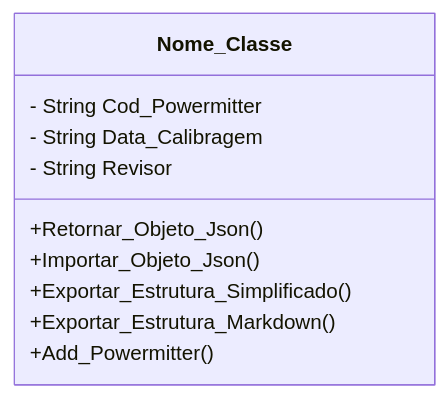
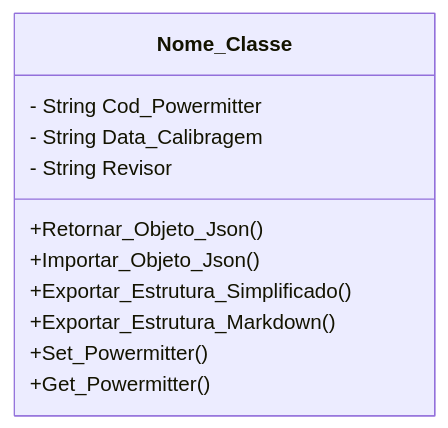
One commit to ETECC-Telecom/ValtObsidian-Script-Moto changed the diagram in DOCUMENTOS/Classe - Powermitter.md. Above: the diagram before and after it, drawn with Mermaid. The commit also changed other lines of this file and 5 other files, not shown here.

````diff
--- a/DOCUMENTOS/Classe - Powermitter.md
+++ b/DOCUMENTOS/Classe - Powermitter.md
@@ -36,14 +48,16 @@
 ```mermaid
 classDiagram
     class Nome_Classe{
 		- String Cod_Powermitter
 		- String Data_Calibragem
 		- String Revisor
       
 		+Retornar_Objeto_Json()
 		+Importar_Objeto_Json()
 		+Exportar_Estrutura_Simplificado()
 		+Exportar_Estrutura_Markdown()
-		+Add_Powermitter()
+		
+		+Set_Powermitter()
+		+Get_Powermitter()
     }
 ```
````
